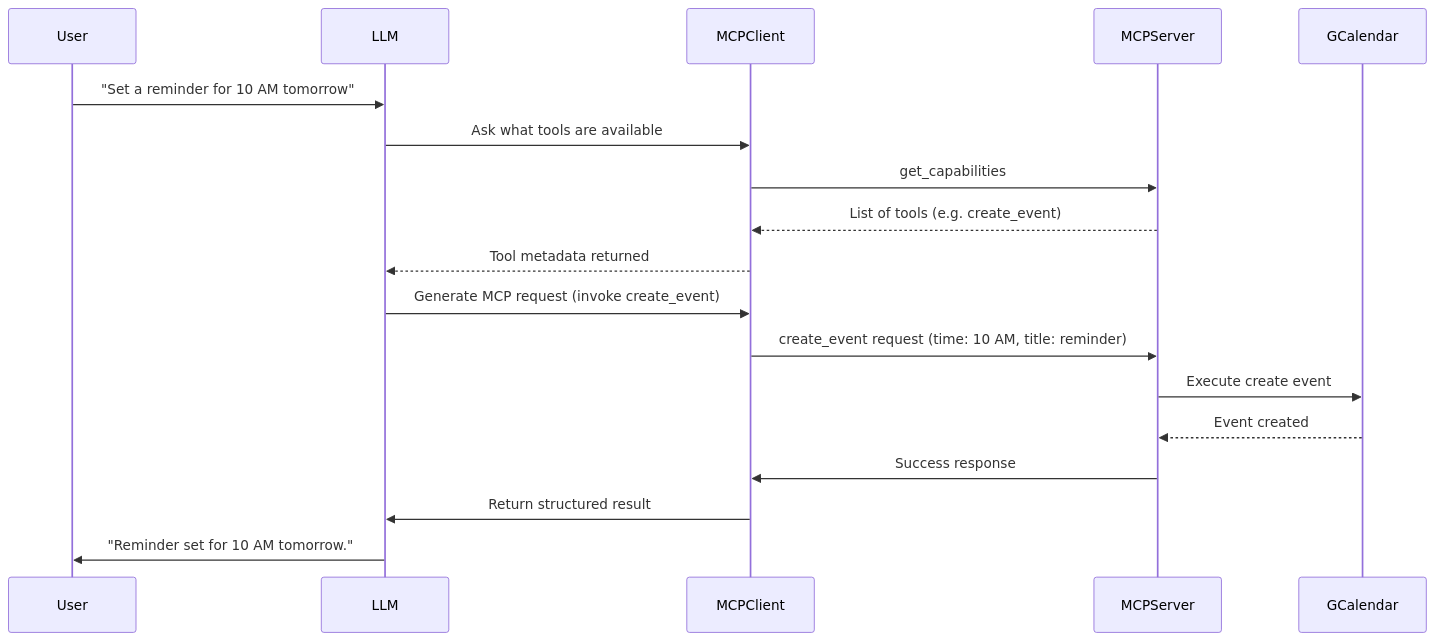
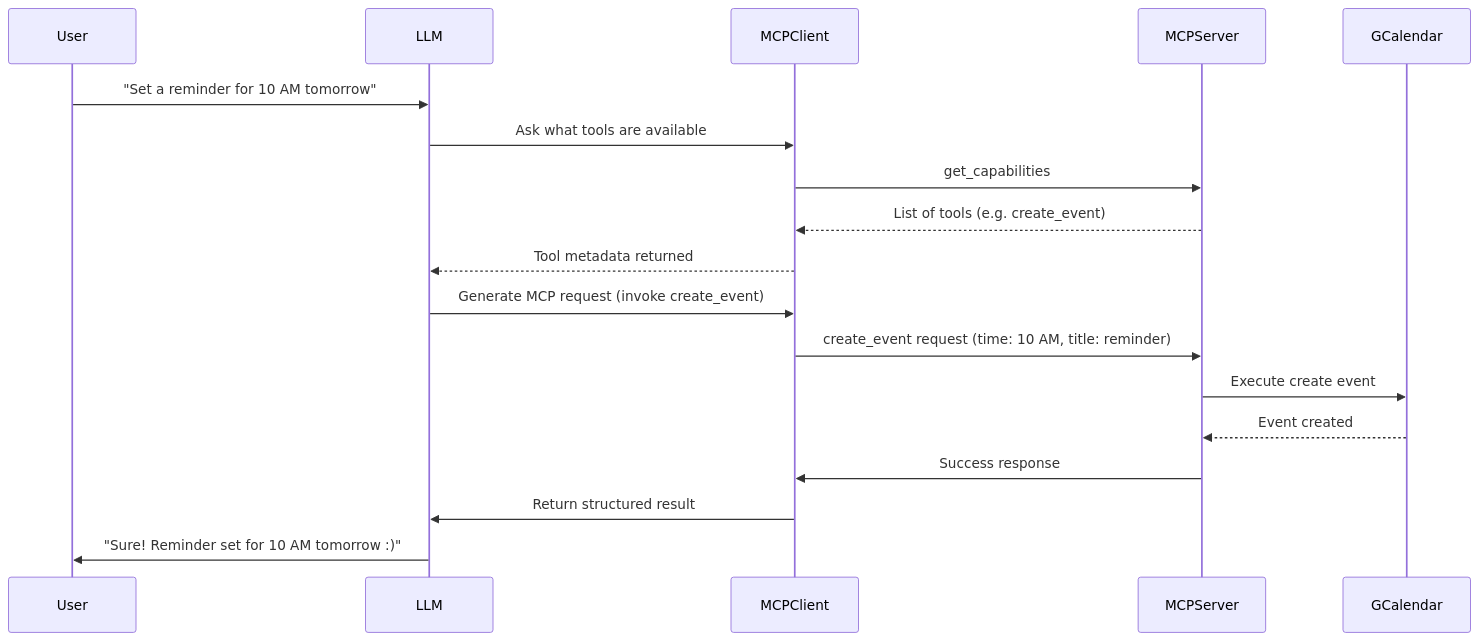
One commit to bicep/ol-demo changed diagram 15 of 15 in docs/mcp-presentation.md. Above: the diagram before and after it, drawn with Mermaid. The commit also changed other lines of this file and 1 other file, not shown here.

Commit message:
edit flow slightly

```diff
--- a/docs/mcp-presentation.md
+++ b/docs/mcp-presentation.md
@@ -356,20 +392,20 @@
 <div class="mermaid">
 sequenceDiagram
     participant User
     participant LLM
     participant MCPClient
     participant MCPServer
     participant GCalendar
     User->>LLM: "Set a reminder for 10 AM tomorrow"
     LLM->>MCPClient: Ask what tools are available
     MCPClient->>MCPServer: get_capabilities
     MCPServer-->>MCPClient: List of tools (e.g. create_event)
     MCPClient-->>LLM: Tool metadata returned
     LLM->>MCPClient: Generate MCP request (invoke create_event)
     MCPClient->>MCPServer: create_event request (time: 10 AM, title: reminder)
     MCPServer->>GCalendar: Execute create event
     GCalendar-->>MCPServer: Event created
     MCPServer->>MCPClient: Success response
     MCPClient->>LLM: Return structured result
-    LLM->>User: "Reminder set for 10 AM tomorrow."
+    LLM->>User: "Sure! Reminder set for 10 AM tomorrow :)"
 </div>
```
